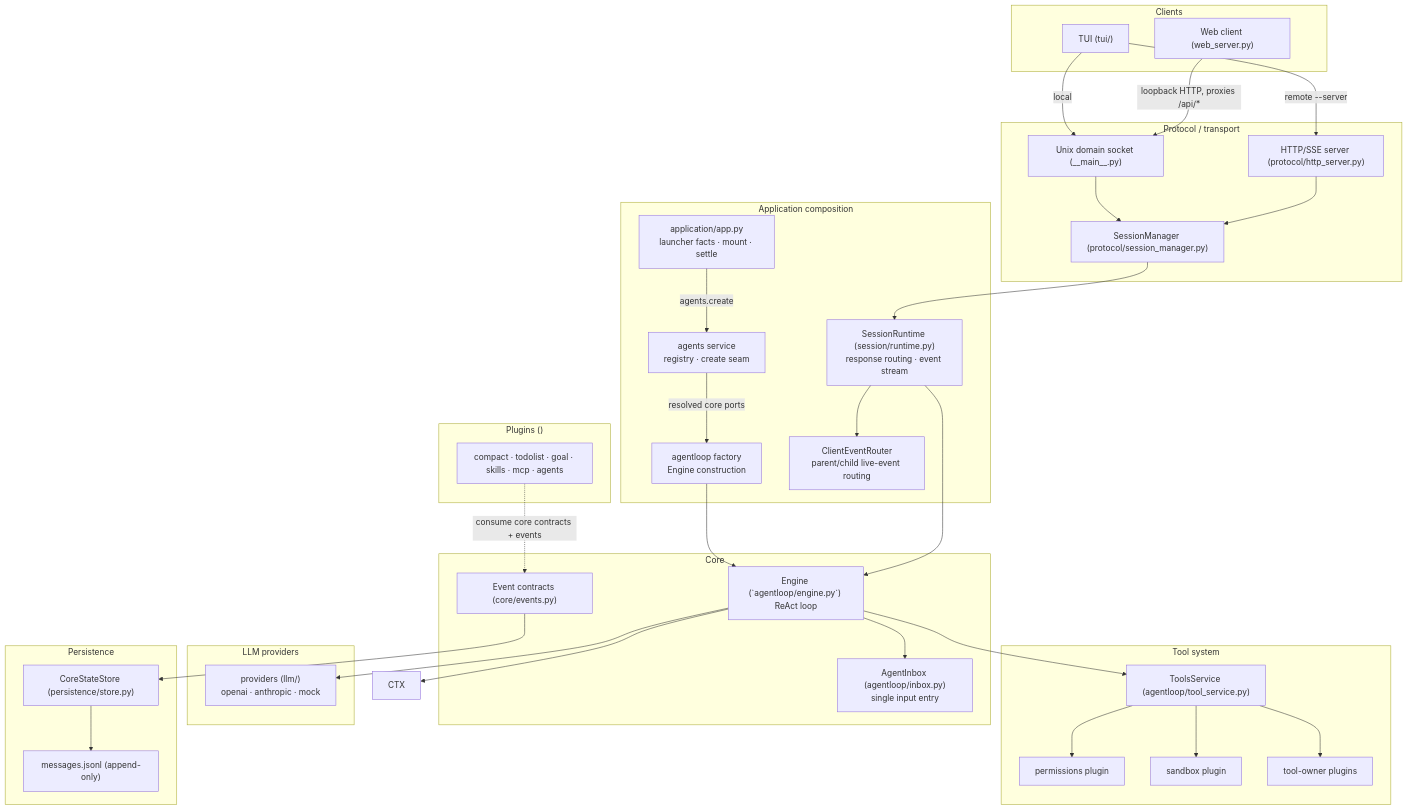
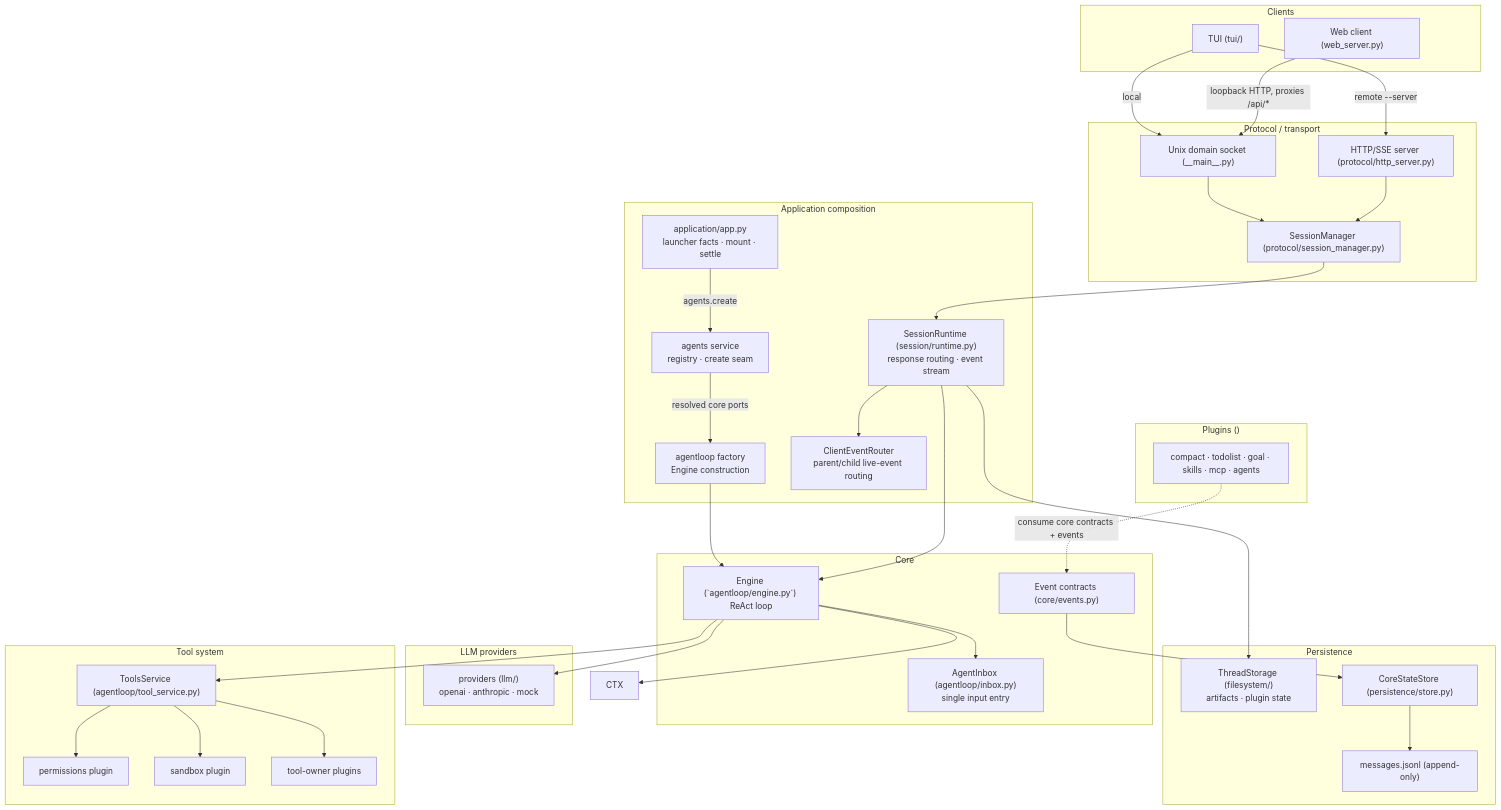
Before and after one commit to dukmu/XBot: the first of 2 diagrams in XBotv2/docs/architecture.md, drawn with Mermaid. The commit also changed other lines of this file and 10 other files, not shown here.

Commit message:
split thread storage from message persistence

````diff
--- a/XBotv2/docs/architecture.md
+++ b/XBotv2/docs/architecture.md
@@ -25,69 +25,71 @@
 ```mermaid
 flowchart TB
     subgraph Clients
         TUI["TUI (tui/)"]
         WEB["Web client (web_server.py)"]
     end
 
     subgraph Transport["Protocol / transport"]
         UDS["Unix domain socket (__main__.py)"]
         HTTP["HTTP/SSE server (protocol/http_server.py)"]
         SCM["SessionManager (protocol/session_manager.py)"]
     end
 
     subgraph Core["Core"]
         ENG["Engine (`agentloop/engine.py`) ReAct loop"]
         IBX["AgentInbox (agentloop/inbox.py)<br/>single input entry"]
         EVT["Event contracts (core/events.py)"]
     end
 
     subgraph Application["Application composition"]
         APP["application/app.py<br/>launcher facts · mount · settle"]
         AGS["agents service<br/>registry · create seam"]
         FAC["agentloop factory<br/>Engine construction"]
         SRT["SessionRuntime (session/runtime.py)<br/>response routing · event stream"]
         CER["ClientEventRouter<br/>parent/child live-event routing"]
     end
 
     subgraph ToolsLayer["Tool system"]
         REG["ToolsService (agentloop/tool_service.py)"]
         PERM["permissions plugin"]
         SBX["sandbox plugin"]
         BT["tool-owner plugins"]
     end
 
     subgraph ProvidersLayer["LLM providers"]
         LLM["providers (llm/)<br/>openai · anthropic · mock"]
     end
 
     subgraph PersistenceLayer["Persistence"]
+        STORAGE["ThreadStorage (filesystem/)<br/>artifacts · plugin state"]
         STORE["CoreStateStore (persistence/store.py)"]
         JRNL["messages.jsonl (append-only)"]
     end
 
     subgraph PluginsLayer["Plugins ()"]
         P["compact · todolist · goal · skills · mcp · agents"]
     end
 
     TUI -->|"local"| UDS
     TUI -->|"remote --server"| HTTP
     WEB -->|"loopback HTTP, proxies /api/*"| UDS
     UDS --> SCM
     HTTP --> SCM
     SCM --> SRT
     APP -->|"agents.create"| AGS
     AGS -->|"resolved core ports"| FAC
     FAC --> ENG
     SRT --> ENG
     SRT --> CER
     ENG --> CTX
     ENG --> IBX
     ENG --> REG
     REG --> PERM
     REG --> SBX
     REG --> BT
     ENG --> LLM
+    SRT --> STORAGE
     EVT --> STORE
     STORE --> JRNL
     P -. "consume core contracts + events" .-> EVT
 ```
````
